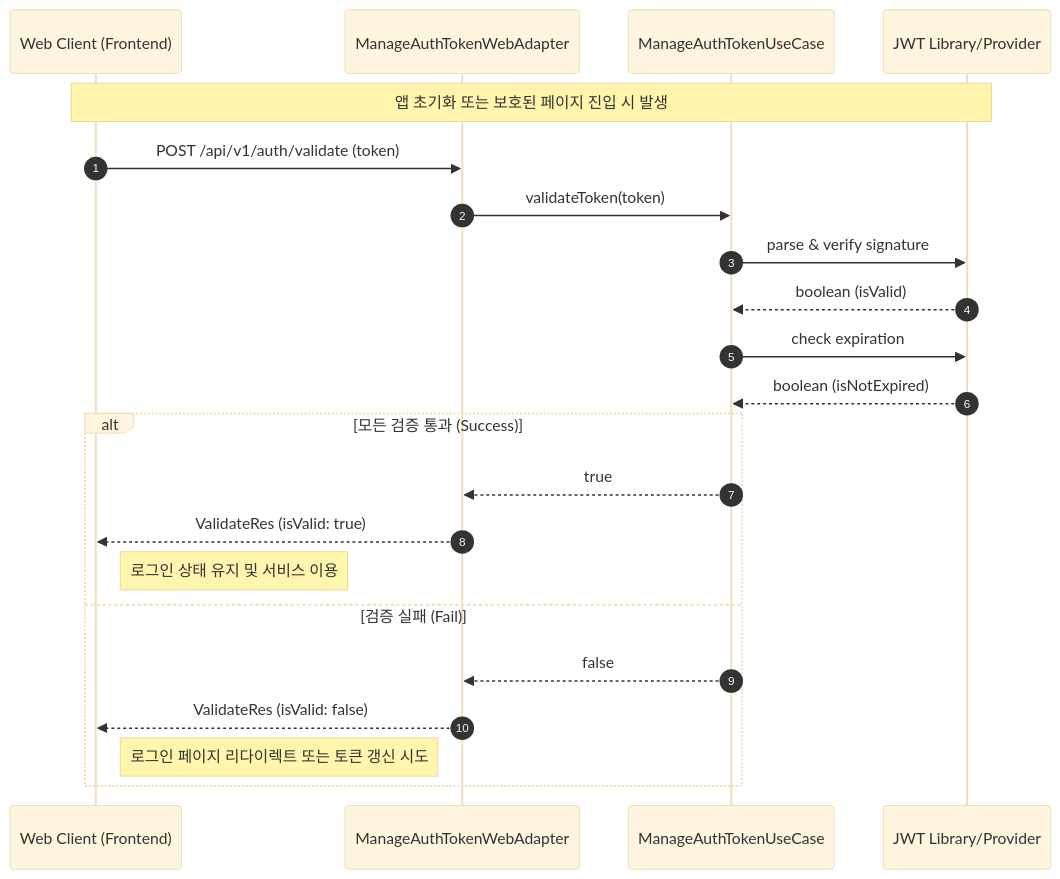
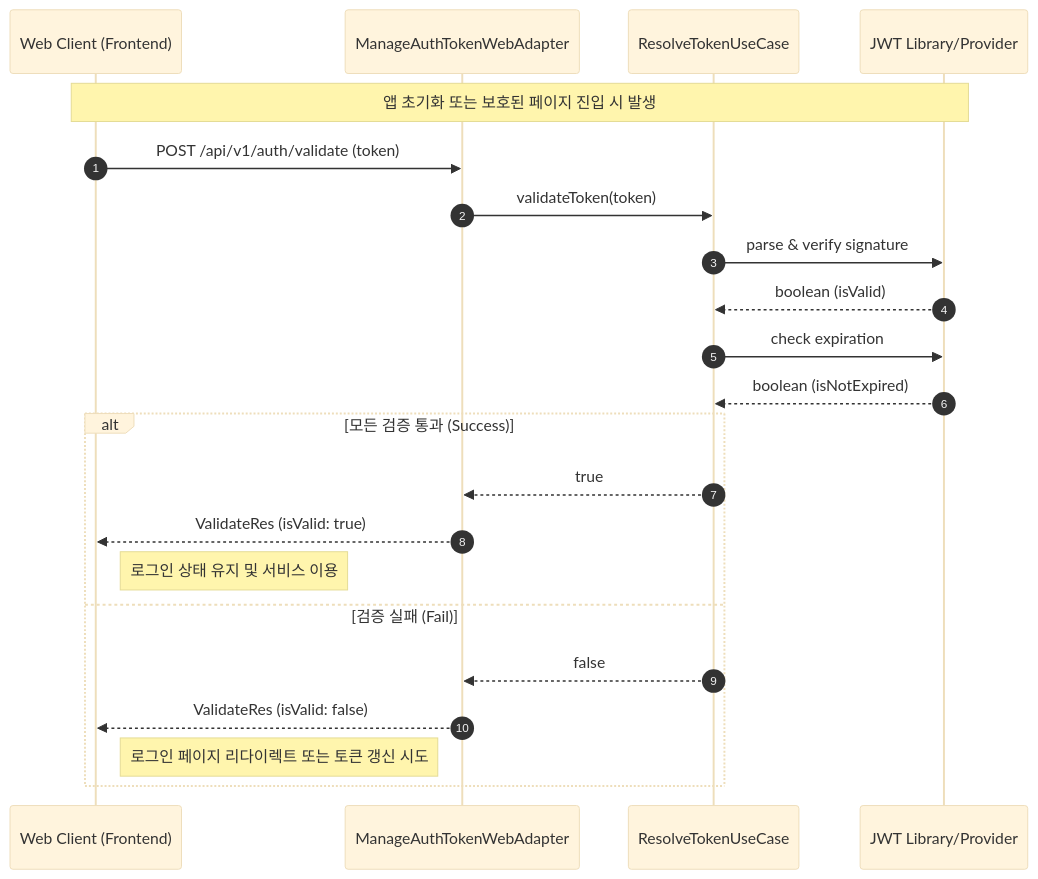
The diagram in docs/architecture/token-validate-sequence.md (beizix/dough-api), drawn with Mermaid (base theme) before and after one commit. The commit also changed other lines of this file and 23 other files, not shown here.

Commit message:
✦ refactor: ManageAuthTokenUseCase 분리 및 IssueTokenService, ResolveTokenService 구현

````diff
--- a/docs/architecture/token-validate-sequence.md
+++ b/docs/architecture/token-validate-sequence.md
@@ -5,29 +5,29 @@
 ```mermaid
 sequenceDiagram
     autonumber
     participant Client as Web Client (Frontend)
     participant Adapter as ManageAuthTokenWebAdapter
-    participant UseCase as ManageAuthTokenUseCase
+    participant UseCase as ResolveTokenUseCase
     participant JWT as JWT Library/Provider
 
     Note over Client, JWT: 앱 초기화 또는 보호된 페이지 진입 시 발생
 
     Client->>Adapter: POST /api/v1/auth/validate (token)
     Adapter->>UseCase: validateToken(token)
     
     UseCase->>JWT: parse & verify signature
     JWT-->>UseCase: boolean (isValid)
     
     UseCase->>JWT: check expiration
     JWT-->>UseCase: boolean (isNotExpired)
 
     alt 모든 검증 통과 (Success)
         UseCase-->>Adapter: true
         Adapter-->>Client: ValidateRes (isValid: true)
         Note right of Client: 로그인 상태 유지 및 서비스 이용
     else 검증 실패 (Fail)
         UseCase-->>Adapter: false
         Adapter-->>Client: ValidateRes (isValid: false)
         Note right of Client: 로그인 페이지 리다이렉트 또는 토큰 갱신 시도
     end
 ```
````
